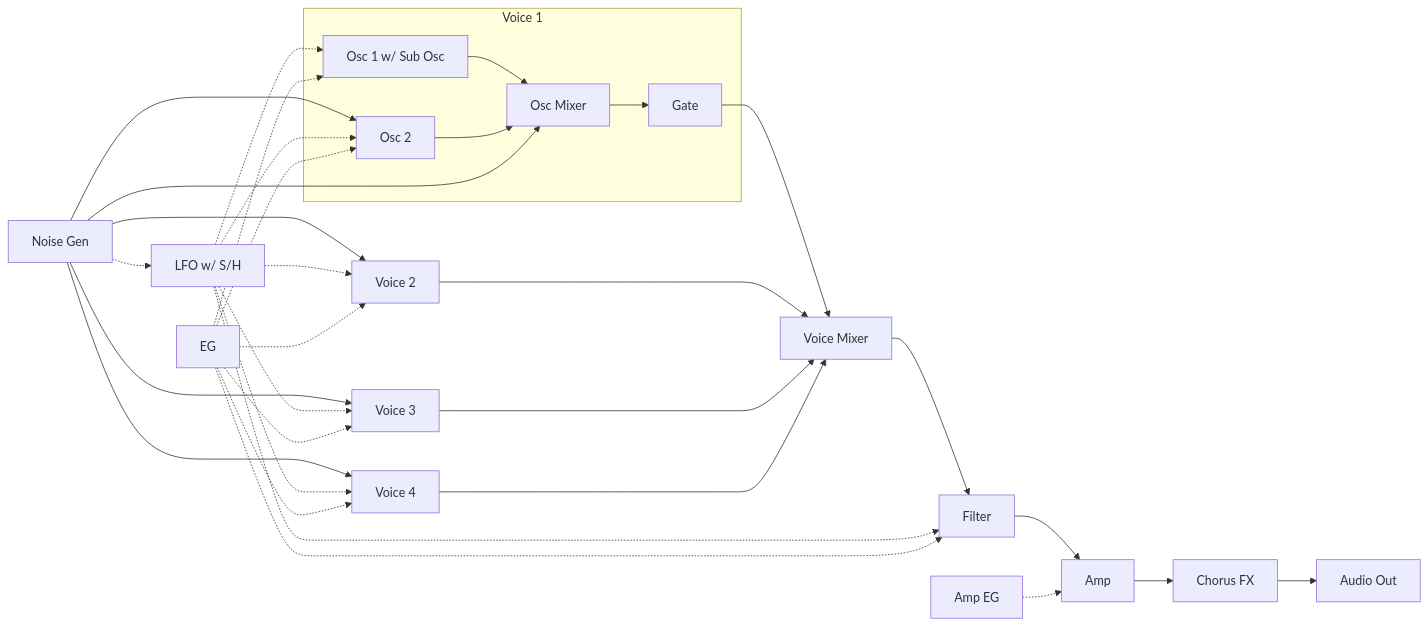
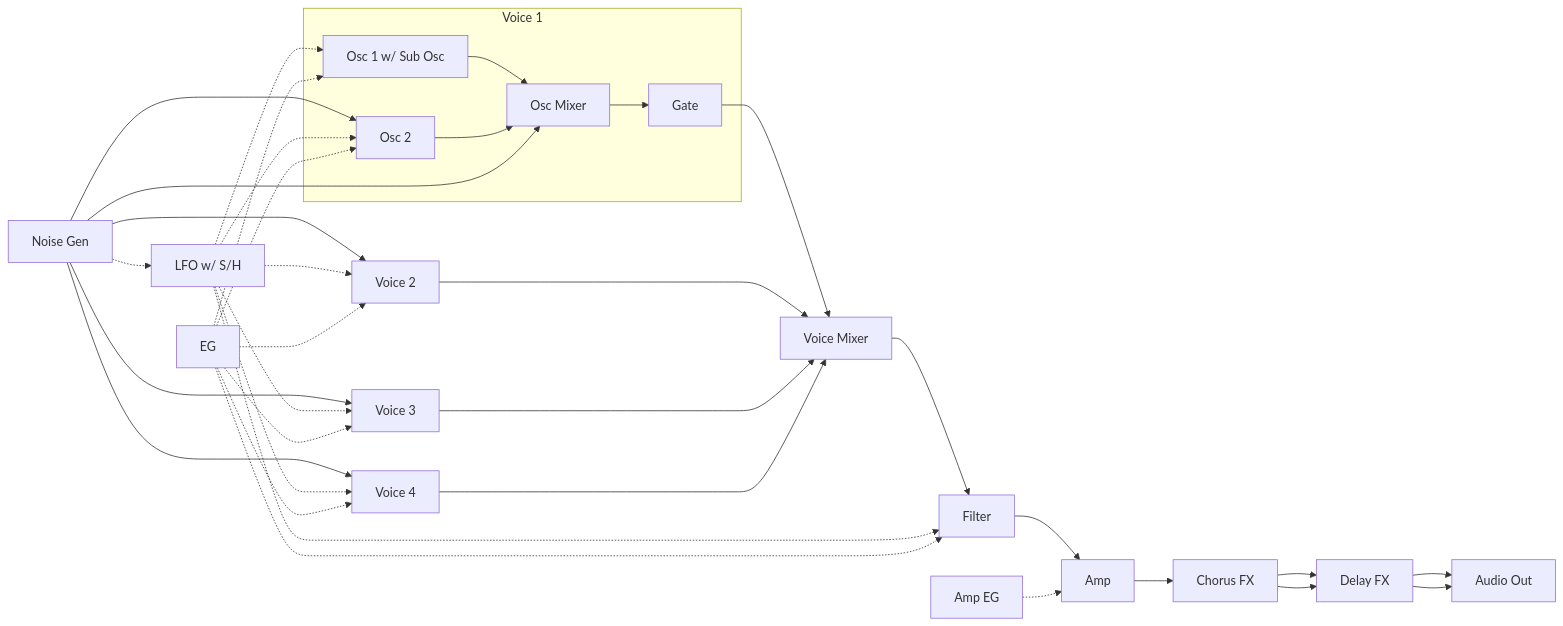
One commit to risgk/digital-synth-pra32-u changed the second of 3 diagrams in README.md. Above: the diagram before and after it, drawn with Mermaid. The commit also changed other lines of this file and 3 other files, not shown here.

````diff
--- a/README.md
+++ b/README.md
@@ -157,16 +159,18 @@
 ```mermaid
 graph LR
     subgraph V1[Voice 1]
         V1O1[Osc 1 w/ Sub Osc] --> V1OM[Osc Mixer]
         V1O2[Osc 2] --> V1OM
         V1OM --> V1G[Gate]
     end
     V1G --> VM[Voice Mixer]
     V2[Voice 2] & V3[Voice 3] & V4[Voice 4] --> VM
-    VM --> F[Filter] --> A[Amp] --> C[Chorus FX] --> AO[Audio Out]
+    VM --> F[Filter] --> A[Amp] --> C[Chorus FX] --> D[Delay FX] --> AO[Audio Out]
+    C --> D
+    D --> AO
     N[Noise Gen]  --> V1O2 & V1OM & V2 & V3 & V4
     N -.-> L[LFO w/ S/H]
     L -.-> V1O1 & V1O2 & V2 & V3 & V4 & F
     E[EG] -.-> V1O1 & V1O2 & V2 & V3 & V4 & F
     AE[Amp EG] -.-> A
 ```
````
